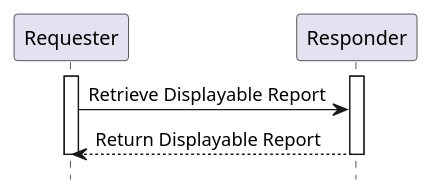
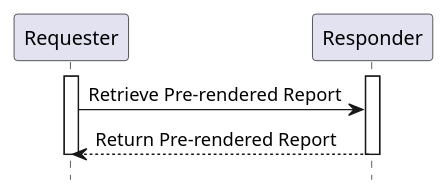
Before and after one commit to IHE/RAD.IMR: the diagram in input/images-source/RAD-Y4-seq.plantuml, drawn with PlantUML. The commit also changed 3 other files, not shown here.

Commit message:
Rename Displayable to Pre-rendered. Fixed section number and requirement.

```diff
--- a/input/images-source/RAD-Y4-seq.plantuml
+++ b/input/images-source/RAD-Y4-seq.plantuml
@@ -1,15 +1,15 @@
 @startuml
 
 hide footbox
 
 participant "Requester" as Reader
 participant "Responder" as Repo
 
 activate Reader
 activate Repo
-Reader->Repo: Retrieve Displayable Report
-Repo-->Reader: Return Displayable Report
+Reader->Repo: Retrieve Pre-rendered Report
+Repo-->Reader: Return Pre-rendered Report
 deactivate Repo
 deactivate Reader
 
 @enduml
```
